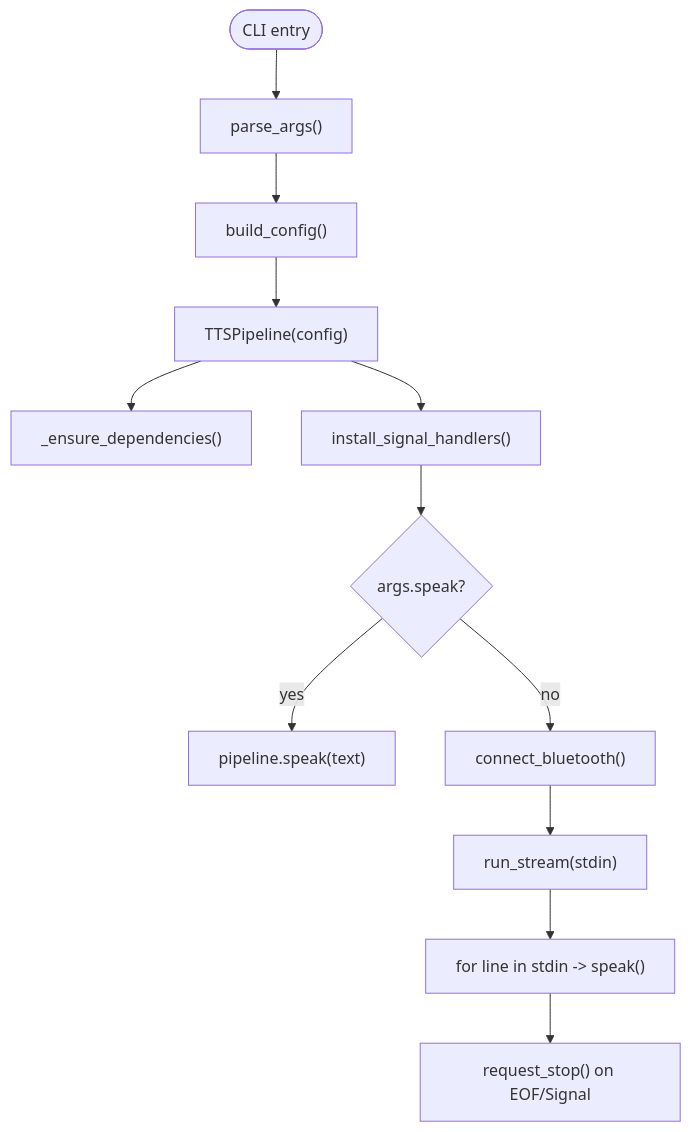
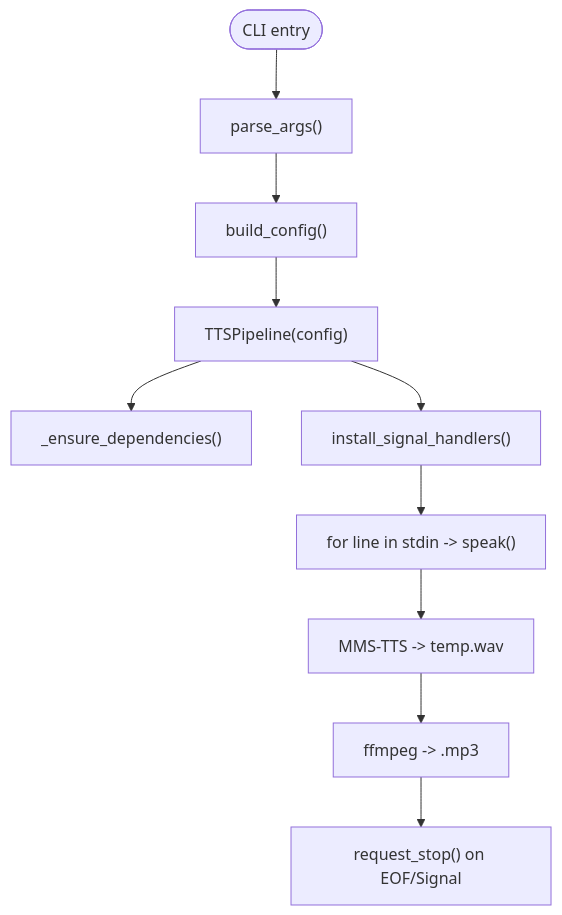
One commit to tasmirz/EyeWear changed the diagram in docs/for_each/tts_pipeline.md. Above: the diagram before and after it, drawn with Mermaid. The commit also changed other lines of this file and 22 other files, not shown here.

````diff
--- a/docs/for_each/tts_pipeline.md
+++ b/docs/for_each/tts_pipeline.md
@@ -9,14 +9,12 @@
 ```mermaid
 flowchart TD
     start(["CLI entry"]) --> args["parse_args()"]
-    args --> cfg["build_config()"]
+    args --> cfg["build_config()"]; 
     cfg --> setup["TTSPipeline(config)"]
-    setup --> checks["_ensure_dependencies()"]
-    setup --> handlers["install_signal_handlers()"]
-    handlers --> bt{args.speak?}
-    bt -- yes --> speakOnce["pipeline.speak(text)"]
-    bt -- no --> btConnect["connect_bluetooth()"]
-    btConnect --> stream["run_stream(stdin)"]
-    stream --> speakLoop["for line in stdin -> speak()"]
-    speakLoop --> stop["request_stop() on EOF/Signal"]
+    setup --> checks["_ensure_dependencies()"]; 
+    setup --> handlers["install_signal_handlers()"]; 
+    handlers --> speakLoop["for line in stdin -> speak()"]; 
+    speakLoop --> synth["MMS-TTS -> temp.wav"];
+    synth --> convert["ffmpeg -> <basename>.mp3"];
+    convert --> stop["request_stop() on EOF/Signal"]
 ```
````
